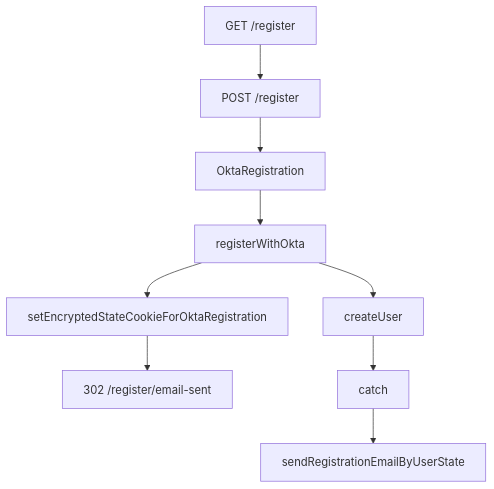
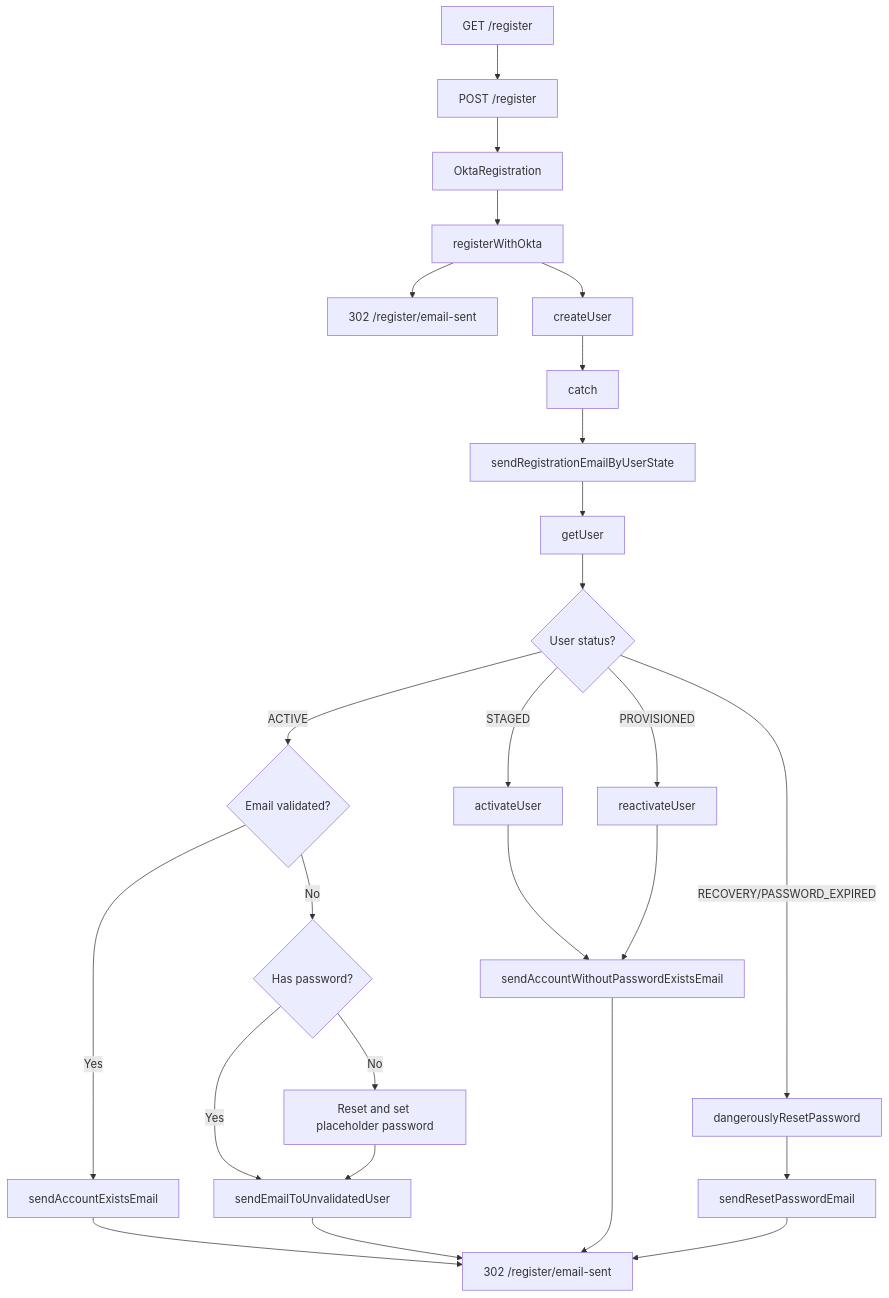
One commit to guardian/gateway changed the second of 4 diagrams in docs/gateway-flows.md. Above: the diagram before and after it, drawn with Mermaid. The commit also changed 1 other file, not shown here.

Commit message:
fix: handle missing password during register

````diff
--- a/docs/gateway-flows.md
+++ b/docs/gateway-flows.md
@@ -15,6 +15,17 @@
 ```mermaid
 flowchart TD
-  A[GET /register] --> B[POST /register] --> OktaRegistration --> registerWithOkta --> setEncryptedStateCookieForOktaRegistration --> C[302 /register/email-sent]
+  A[GET /register] --> B[POST /register] --> OktaRegistration --> registerWithOkta --> redirectToEmailSent2[302 /register/email-sent]
   registerWithOkta --> createUser
   createUser --> catch --> sendRegistrationEmailByUserState
+  sendRegistrationEmailByUserState --> getUser
+  getUser --> userStatus{User status?}
+  userStatus -- ACTIVE --> emailValidated{Email validated?}
+  emailValidated -- Yes --> sendAccountExistsEmail --> redirectToEmailSent
+  emailValidated -- No --> hasPassword{Has password?}
+  hasPassword -- Yes --> sendEmailToUnvalidatedUser --> redirectToEmailSent
+  hasPassword -- No --> resetAndSetPassword[Reset and set placeholder password] --> sendEmailToUnvalidatedUser
+  userStatus -- STAGED --> activateUser --> sendAccountWithoutPasswordExistsEmail --> redirectToEmailSent
+  userStatus -- PROVISIONED --> reactivateUser --> sendAccountWithoutPasswordExistsEmail
+  userStatus -- RECOVERY/PASSWORD_EXPIRED --> dangerouslyResetPassword --> sendResetPasswordEmail --> redirectToEmailSent
+  redirectToEmailSent[302 /register/email-sent]
 ```
````
